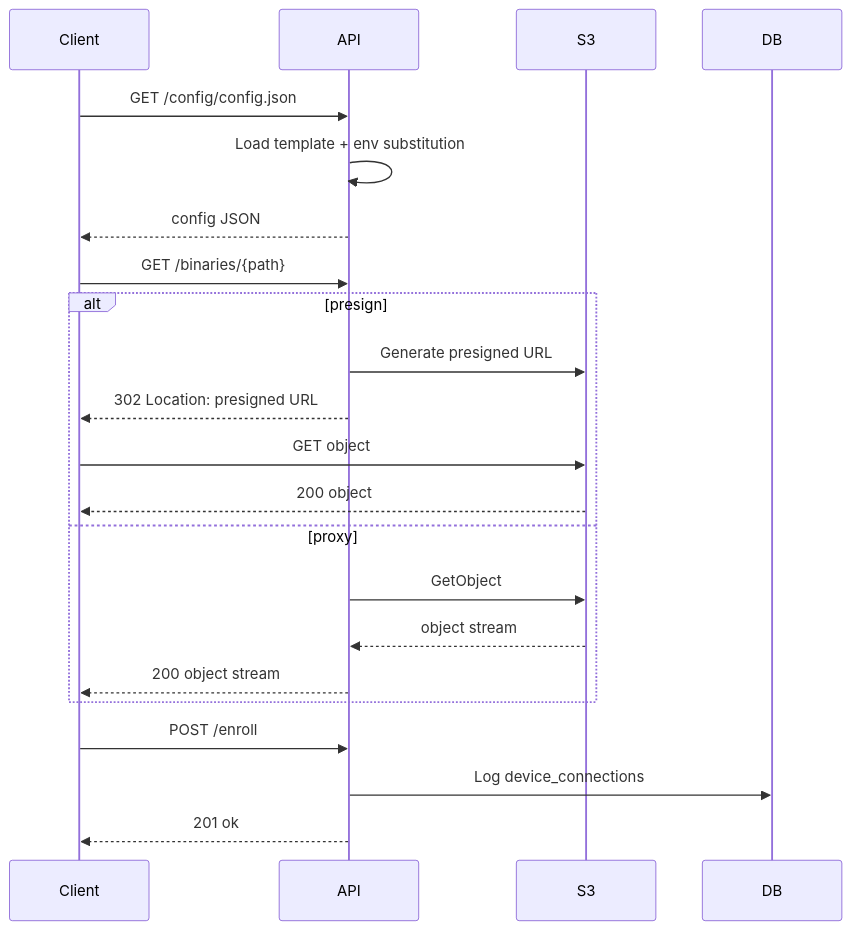
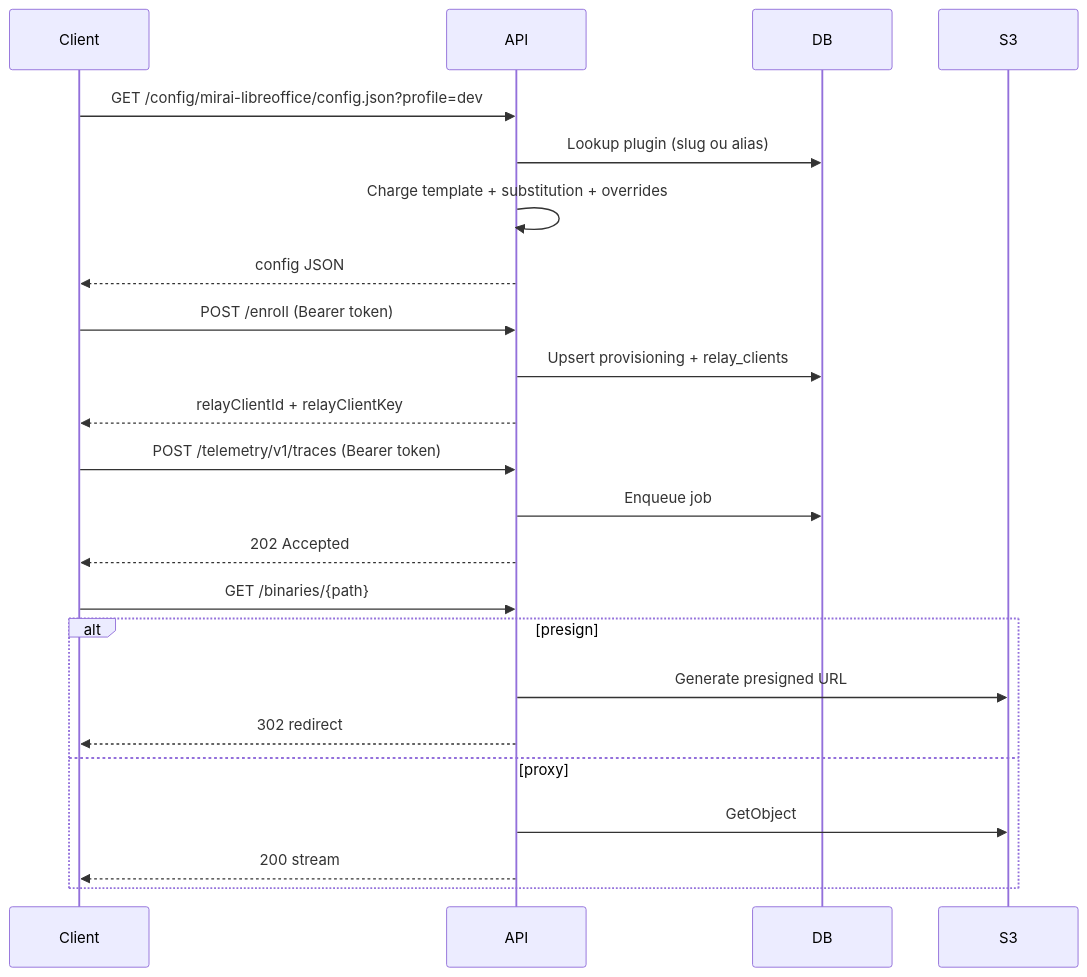
One commit to IA-Generative/device-management changed the diagram in developer-readme.md. Above: the diagram before and after it, drawn with Mermaid. The commit also changed other lines of this file and 25 other files, not shown here.

````diff
--- a/developer-readme.md
+++ b/developer-readme.md
@@ -85,27 +171,29 @@
 ```mermaid
 sequenceDiagram
     participant Client
     participant API
+    participant DB
     participant S3
-    participant DB
 
-    Client->>API: GET /config/config.json
-    API->>API: Load template + env substitution
+    Client->>API: GET /config/mirai-libreoffice/config.json?profile=dev
+    API->>DB: Lookup plugin (slug ou alias)
+    API->>API: Charge template + substitution + overrides
     API-->>Client: config JSON
+
+    Client->>API: POST /enroll (Bearer token)
+    API->>DB: Upsert provisioning + relay_clients
+    API-->>Client: relayClientId + relayClientKey
+
+    Client->>API: POST /telemetry/v1/traces (Bearer token)
+    API->>DB: Enqueue job
+    API-->>Client: 202 Accepted
 
     Client->>API: GET /binaries/{path}
     alt presign
         API->>S3: Generate presigned URL
-        API-->>Client: 302 Location: presigned URL
-        Client->>S3: GET object
-        S3-->>Client: 200 object
+        API-->>Client: 302 redirect
     else proxy
         API->>S3: GetObject
-        S3-->>API: object stream
-        API-->>Client: 200 object stream
+        API-->>Client: 200 stream
     end
-
-    Client->>API: POST /enroll
-    API->>DB: Log device_connections
-    API-->>Client: 201 ok
 ```
````
